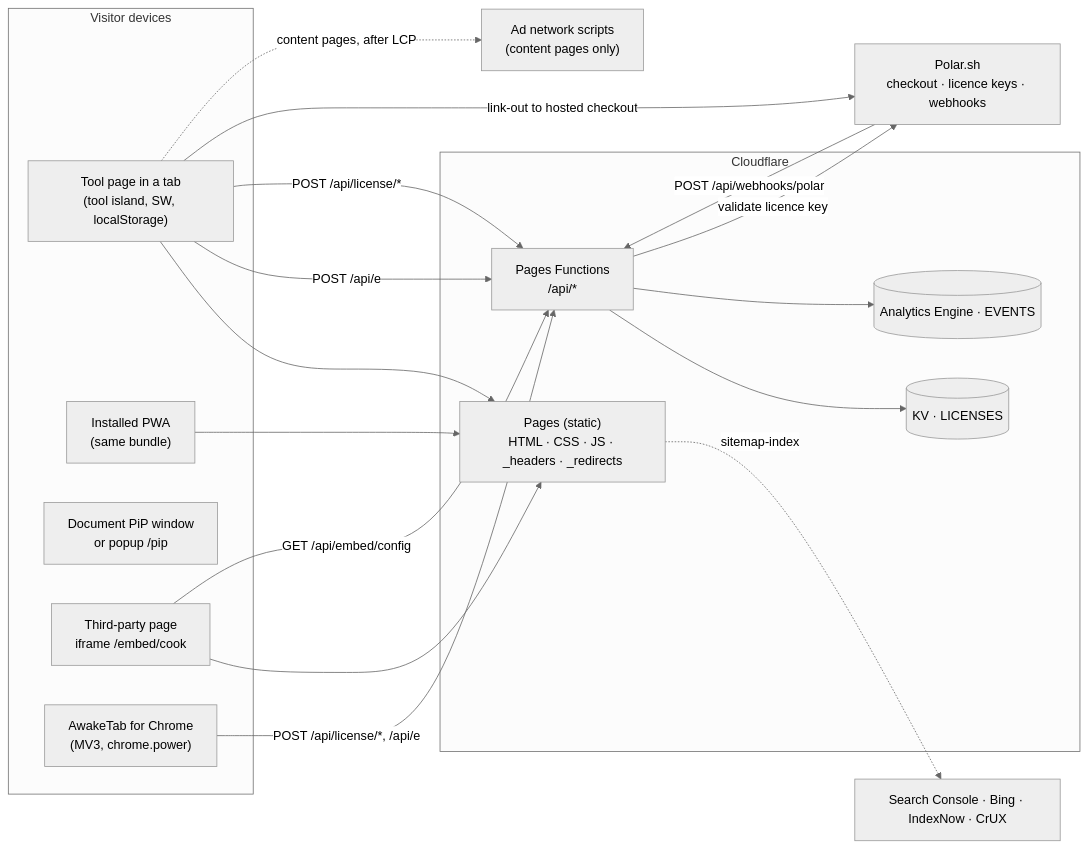
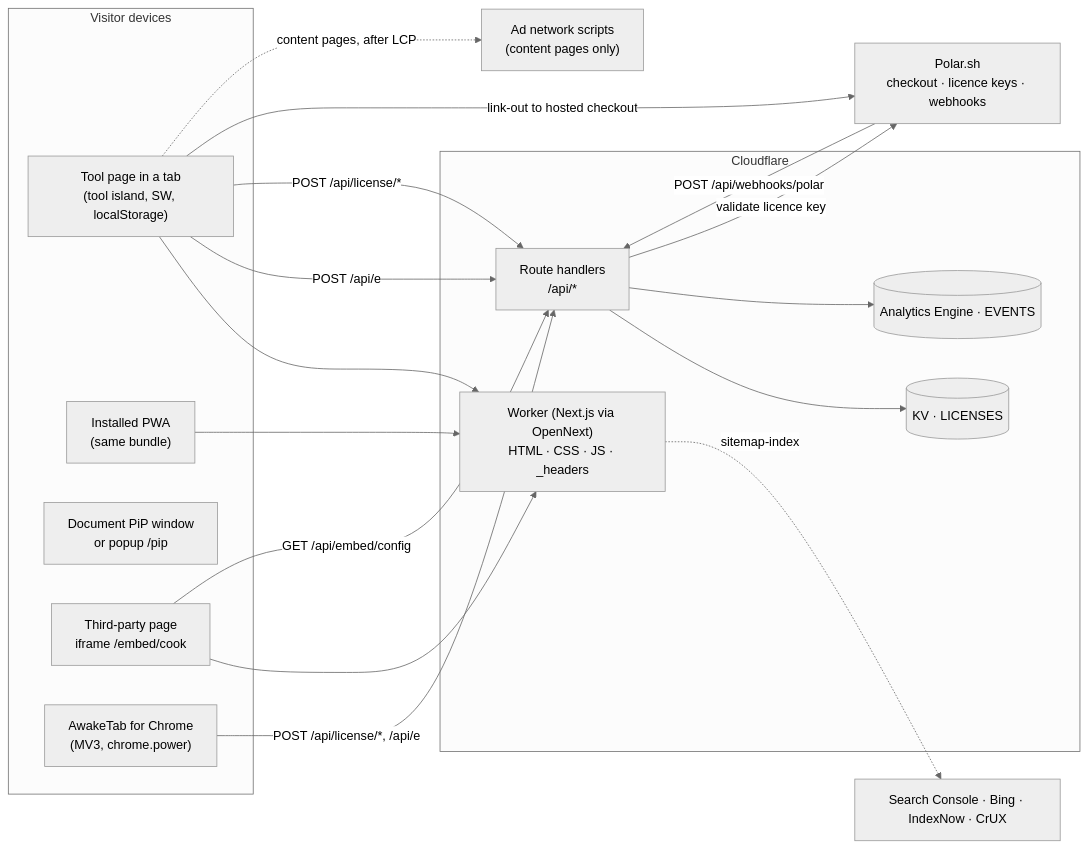
The first of 5 diagrams in docs/03-architecture.md (soubhik-biswas/awaketab), drawn with Mermaid (neutral theme) before and after one commit. The commit also changed other lines of this file and 21 other files, not shown here.

````diff
--- a/docs/03-architecture.md
+++ b/docs/03-architecture.md
@@ -32,33 +34,33 @@
 ```mermaid
 flowchart LR
   subgraph Client["Visitor devices"]
     Tab["Tool page in a tab<br/>(tool island, SW, localStorage)"]
     PWA["Installed PWA<br/>(same bundle)"]
     PiP["Document PiP window<br/>or popup /pip"]
     Emb["Third-party page<br/>iframe /embed/cook"]
     Ext["AwakeTab for Chrome<br/>(MV3, chrome.power)"]
   end
   subgraph CF["Cloudflare"]
-    Pages["Pages (static)<br/>HTML · CSS · JS · _headers · _redirects"]
-    Fn["Pages Functions<br/>/api/*"]
+    Pages["Worker (Next.js via OpenNext)<br/>HTML · CSS · JS · _headers"]
+    Fn["Route handlers<br/>/api/*"]
     KV[("KV · LICENSES")]
     AE[("Analytics Engine · EVENTS")]
   end
   Polar["Polar.sh<br/>checkout · licence keys · webhooks"]
   Ads["Ad network scripts<br/>(content pages only)"]
   GSC["Search Console · Bing · IndexNow · CrUX"]
   Tab --> Pages
   PWA --> Pages
   Emb --> Pages
   Tab -- "POST /api/e" --> Fn
   Tab -- "POST /api/license/*" --> Fn
   Ext -- "POST /api/license/*, /api/e" --> Fn
   Emb -- "GET /api/embed/config" --> Fn
   Fn --> KV
   Fn --> AE
   Fn -- "validate licence key" --> Polar
   Polar -- "POST /api/webhooks/polar" --> Fn
   Tab -- "link-out to hosted checkout" --> Polar
   Tab -. "content pages, after LCP" .-> Ads
   Pages -. "sitemap-index" .-> GSC
 ```
````
